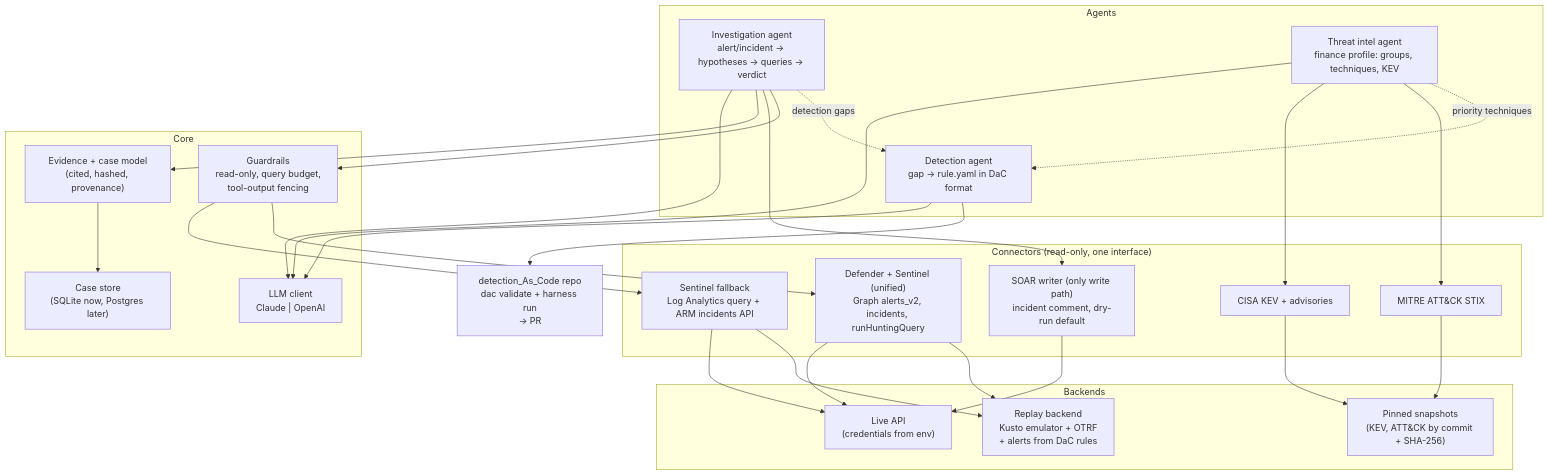
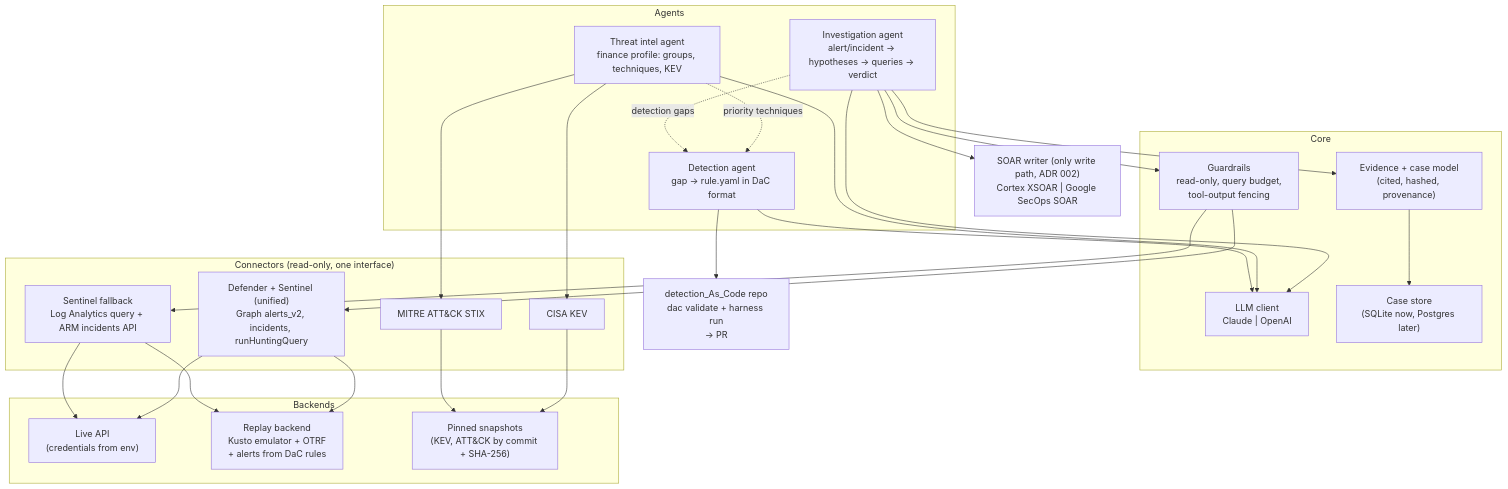
Before and after one commit to HungryBrain-bot/ops-SOC: the diagram in docs/decisions/001-architecture.md, drawn with Mermaid. The commit also changed other lines of this file and 3 other files, not shown here.

First line of the commit message:
ADRs: keep design decisions only; add ADR 002 SOAR writer

````diff
--- a/docs/decisions/001-architecture.md
+++ b/docs/decisions/001-architecture.md
@@ -63,45 +37,44 @@
 ```mermaid
 flowchart TB
     subgraph Agents
         INV["Investigation agent<br/>alert/incident -> hypotheses -> queries -> verdict"]
         TI["Threat intel agent<br/>finance profile: groups, techniques, KEV"]
         DET["Detection agent<br/>gap -> rule.yaml in DaC format"]
     end
     subgraph Core
         LLM["LLM client<br/>Claude | OpenAI"]
         EVID["Evidence + case model<br/>(cited, hashed, provenance)"]
         STORE["Case store<br/>(SQLite now, Postgres later)"]
         GUARD["Guardrails<br/>read-only, query budget,<br/>tool-output fencing"]
     end
     subgraph Connectors["Connectors (read-only, one interface)"]
+        DEF["Defender + Sentinel (unified)<br/>Graph alerts_v2, incidents, runHuntingQuery"]
         SEN["Sentinel fallback<br/>Log Analytics query + ARM incidents API"]
-        DEF["Defender + Sentinel (unified)<br/>Graph alerts_v2, incidents, runHuntingQuery"]
-        SOAR["SOAR writer (only write path)<br/>incident comment, dry-run default"]
-        CISA["CISA KEV + advisories"]
+        CISA["CISA KEV"]
         ATT["MITRE ATT&CK STIX"]
     end
+    SOAR["SOAR writer (only write path, ADR 002)<br/>Cortex XSOAR | Google SecOps SOAR"]
     subgraph Backends
         LIVE["Live API<br/>(credentials from env)"]
         EMU["Replay backend<br/>Kusto emulator + OTRF<br/>+ alerts from DaC rules"]
         SNAP["Pinned snapshots<br/>(KEV, ATT&CK by commit + SHA-256)"]
     end
     INV --> LLM
     TI --> LLM
     DET --> LLM
     INV --> EVID --> STORE
     INV --> SOAR
-    SOAR --> LIVE
-    INV --> GUARD --> SEN
-    GUARD --> DEF
+    INV --> GUARD --> DEF
+    GUARD --> SEN
     TI --> CISA
     TI --> ATT
     TI -.->|priority techniques| DET
     INV -.->|detection gaps| DET
     DET --> DAC["detection_As_Code repo<br/>dac validate + harness run<br/>-> PR"]
+    DEF --> LIVE
+    DEF --> EMU
     SEN --> LIVE
     SEN --> EMU
-    DEF --> LIVE
-    DEF --> EMU
     CISA --> SNAP
     ATT --> SNAP
 ```
````
